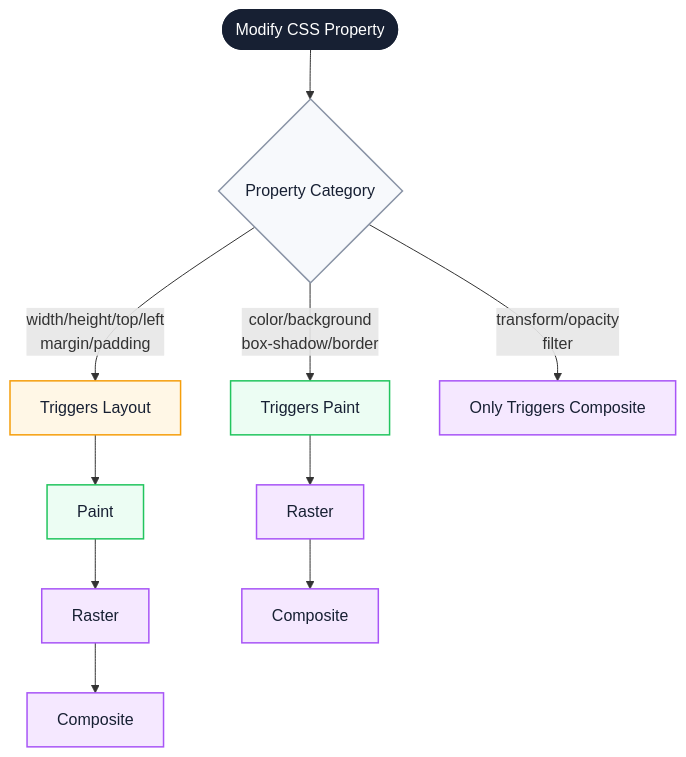
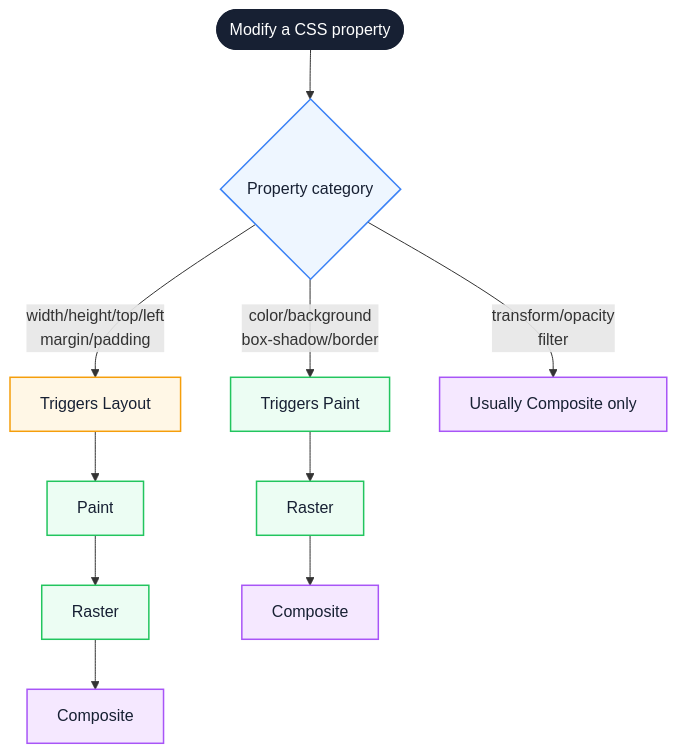
The third of 3 diagrams in docs/en/browser/rendering-pipeline.md (Fatejian/frontier-vault), drawn with Mermaid before and after one commit. The commit also changed other lines of this file and 41 other files, not shown here.

````diff
--- a/docs/en/browser/rendering-pipeline.md
+++ b/docs/en/browser/rendering-pipeline.md
@@ -517,31 +484,29 @@
 ```mermaid
-%%{init: {'theme': 'base', 'themeVariables': { 'fontFamily': 'Inter, PingFang SC, Microsoft YaHei, sans-serif', 'primaryColor': '#EEF6FF', 'primaryTextColor': '#172033', 'primaryBorderColor': '#6EA8FE', 'lineColor': '#8A94A6, 'fontSize': '13px'}}}%%
 flowchart TB
-    Start([Modify CSS Property]) --> Class{Property Category}
+    Start([Modify a CSS property]) --> Class{Property category}
 
     Class -->|"width/height/top/left<br/>margin/padding"| Layout
     Class -->|"color/background<br/>box-shadow/border"| Paint
     Class -->|"transform/opacity<br/>filter"| Composite
 
     Layout[Triggers Layout] --> Paint2[Paint]
     Paint2 --> Raster2[Raster]
     Raster2 --> Composite2[Composite]
 
     Paint[Triggers Paint] --> Raster3[Raster]
     Raster3 --> Composite3[Composite]
 
-    Composite[Only Triggers Composite]
+    Composite[Usually Composite only]
 
-    classDef start fill:#172033,color:#fff,stroke:#172033,stroke-width:2px;
-    classDef decision fill:#F7F9FC,stroke:#8A94A6,color:#172033,stroke-width:1.5px;
-    classDef layout fill:#FFF7E6,stroke:#F59E0B,color:#172033,stroke-width:1.5px;
-    classDef paint fill:#ECFDF3,stroke:#22C55E,color:#172033,stroke-width:1.5px;
-    classDef composite fill:#F5E8FF,stroke:#A855F7,color:#172033,stroke-width:1.5px;
+    classDef core fill:#172033,color:#fff,stroke:#172033,stroke-width:2px;
+    classDef wait fill:#EEF6FF,stroke:#3B82F6,color:#172033,stroke-width:1.5px;
+    classDef block fill:#FFF7E6,stroke:#F59E0B,color:#172033,stroke-width:1.5px;
+    classDef work fill:#ECFDF3,stroke:#22C55E,color:#172033,stroke-width:1.5px;
+    classDef metric fill:#F5E8FF,stroke:#A855F7,color:#172033,stroke-width:1.5px;
 
-    class Start start;
-    class Class decision;
-    class Layout layout;
-    class Paint,Paint2 paint;
-    class Raster2,Raster3,Raster composite;
-    class Composite,Composite2,Composite3 composite;
+    class Start core;
+    class Class wait;
+    class Layout block;
+    class Paint,Paint2,Raster2,Raster3,Raster work;
+    class Composite,Composite2,Composite3 metric;
 ```
````
